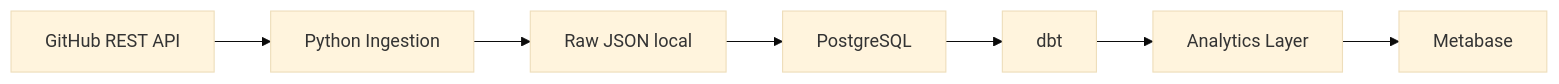
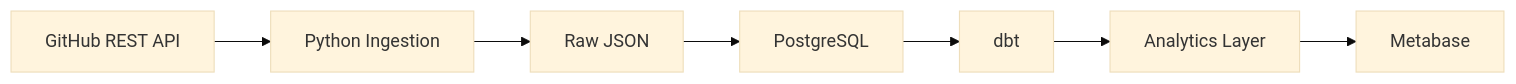
Before and after one commit to leopaulaferreira/gitlog: the diagram in README.md, drawn with Mermaid (base theme). The commit also changed other lines of this file and 5 other files, not shown here.

````diff
--- a/README.md
+++ b/README.md
@@ -23,9 +20,9 @@
 ```mermaid
 flowchart LR
     A[GitHub REST API] --> B[Python Ingestion]
-    B --> C[Raw JSON local]
+    B --> C[Raw JSON]
     C --> D[PostgreSQL]
     D --> E[dbt]
     E --> F[Analytics Layer]
     F --> G[Metabase]
 ```
````
